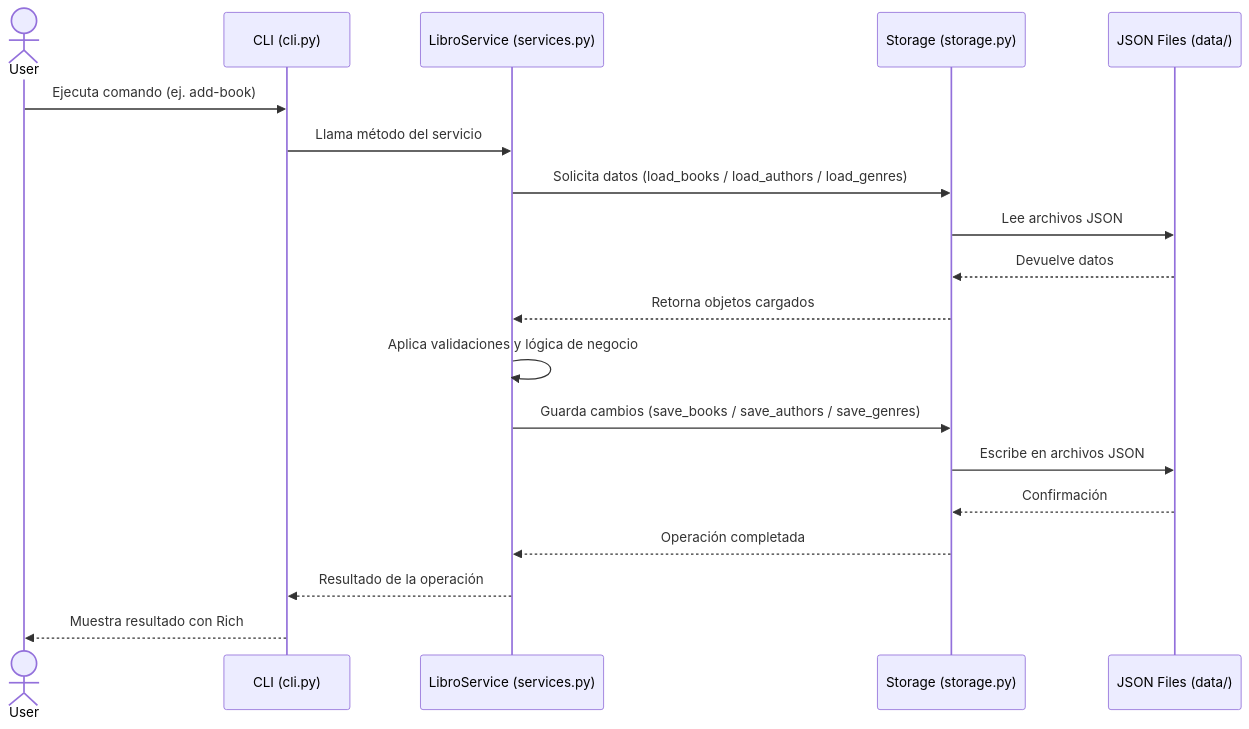
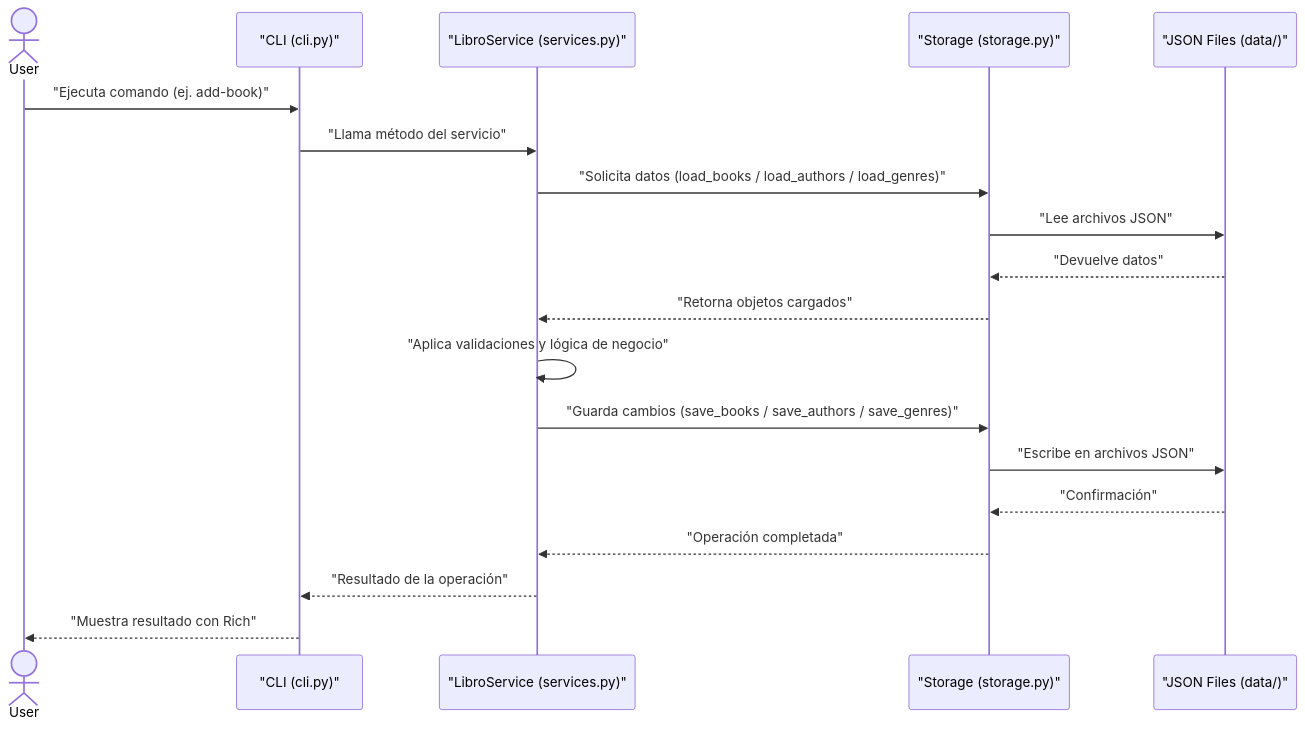
One commit to jeropez/personal_library changed the second of 2 diagrams in docs/index.md. Above: the diagram before and after it, drawn with Mermaid. The commit also changed other lines of this file, not shown here.

Commit message:
mermaid charts update

````diff
--- a/docs/index.md
+++ b/docs/index.md
@@ -88,25 +69,25 @@
-``` mermaid
+```mermaid
 sequenceDiagram
     actor User
-    participant CLI as CLI (cli.py)
-    participant Service as LibroService (services.py)
-    participant Storage as Storage (storage.py)
-    participant Data as JSON Files (data/)
+    participant CLI as "CLI (cli.py)"
+    participant Service as "LibroService (services.py)"
+    participant Storage as "Storage (storage.py)"
+    participant Data as "JSON Files (data/)"
 
-    User->>CLI: Ejecuta comando (ej. add-book)
-    CLI->>Service: Llama método del servicio
-    Service->>Storage: Solicita datos (load_books / load_authors / load_genres)
-    Storage->>Data: Lee archivos JSON
-    Data-->>Storage: Devuelve datos
-    Storage-->>Service: Retorna objetos cargados
+    User->>CLI: "Ejecuta comando (ej. add-book)"
+    CLI->>Service: "Llama método del servicio"
+    Service->>Storage: "Solicita datos (load_books / load_authors / load_genres)"
+    Storage->>Data: "Lee archivos JSON"
+    Data-->>Storage: "Devuelve datos"
+    Storage-->>Service: "Retorna objetos cargados"
 
-    Service->>Service: Aplica validaciones y lógica de negocio
+    Service->>Service: "Aplica validaciones y lógica de negocio"
 
-    Service->>Storage: Guarda cambios (save_books / save_authors / save_genres)
-    Storage->>Data: Escribe en archivos JSON
-    Data-->>Storage: Confirmación
+    Service->>Storage: "Guarda cambios (save_books / save_authors / save_genres)"
+    Storage->>Data: "Escribe en archivos JSON"
+    Data-->>Storage: "Confirmación"
 
-    Storage-->>Service: Operación completada
-    Service-->>CLI: Resultado de la operación
-    CLI-->>User: Muestra resultado con Rich
+    Storage-->>Service: "Operación completada"
+    Service-->>CLI: "Resultado de la operación"
+    CLI-->>User: "Muestra resultado con Rich"
 ```
````
